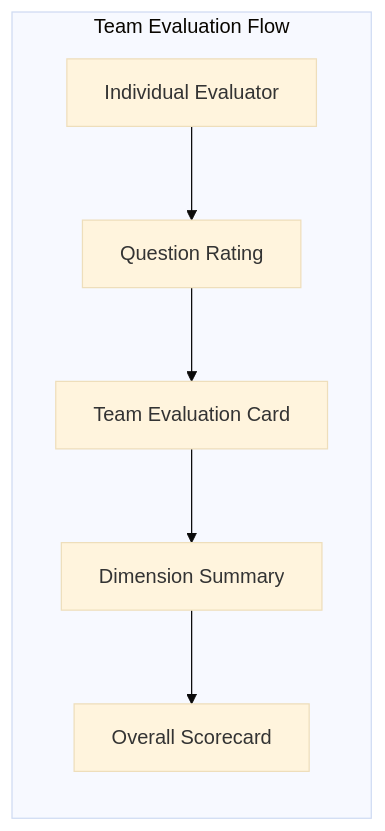
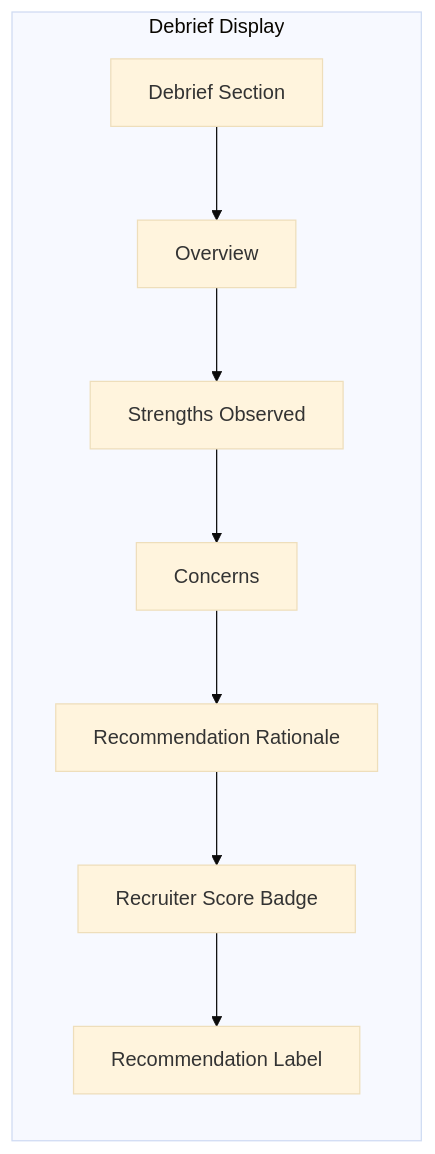
The seventh of 10 diagrams in .qoder/repowiki/en/content/Frontend Architecture/Component Library/Interview Scorecard Component.md (Revanththetalogics/aireume), drawn with Mermaid (base theme) before and after one commit. The commit also changed other lines of this file and 6 other files, not shown here.

````diff
--- a/.qoder/repowiki/en/content/Frontend Architecture/Component Library/Interview Scorecard Component.md
+++ b/.qoder/repowiki/en/content/Frontend Architecture/Component Library/Interview Scorecard Component.md
@@ -382,9 +439,11 @@
 ```mermaid
 graph LR
-subgraph "Team Evaluation Flow"
-A[Individual Evaluator] --> B[Question Rating]
-B --> C[Team Evaluation Card]
-C --> D[Dimension Summary]
-D --> E[Overall Scorecard]
+subgraph "Debrief Display"
+A[Debrief Section] --> B[Overview]
+B --> C[Strengths Observed]
+C --> D[Concerns]
+D --> E[Recommendation Rationale]
+E --> F[Recruiter Score Badge]
+F --> G[Recommendation Label]
 end
 ```
````
